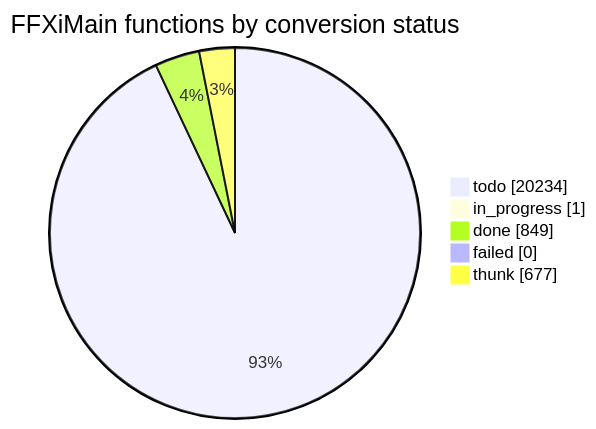
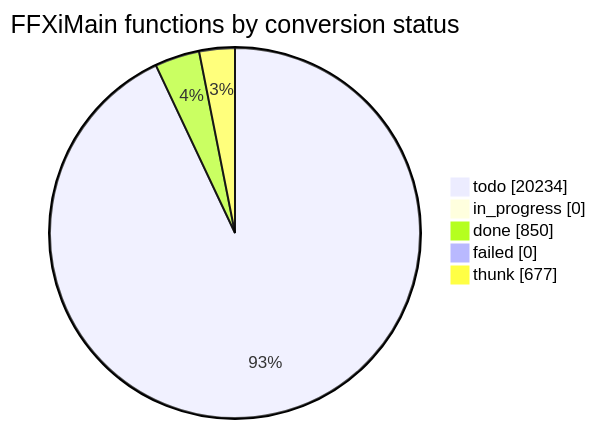
The diagram in docs/cow/STATUS.md (cowrevenge/cow_kuluu_xi_anything), drawn with Mermaid before and after one commit. The commit also changed other lines of this file and 9 other files, not shown here.

````diff
--- a/docs/cow/STATUS.md
+++ b/docs/cow/STATUS.md
@@ -18,9 +18,9 @@
 ```mermaid
 pie showData
     title FFXiMain functions by conversion status
     "todo" : 20234
-    "in_progress" : 1
-    "done" : 849
+    "in_progress" : 0
+    "done" : 850
     "failed" : 0
     "thunk" : 677
 ```
````
